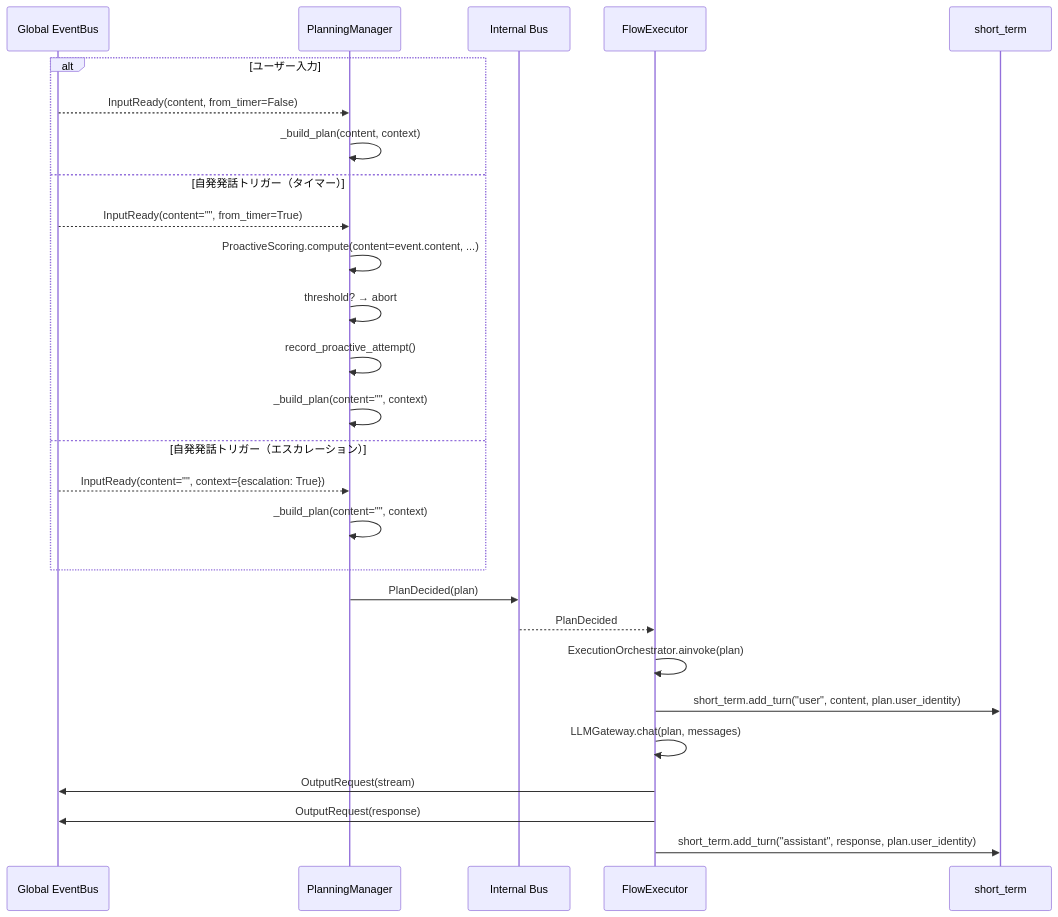
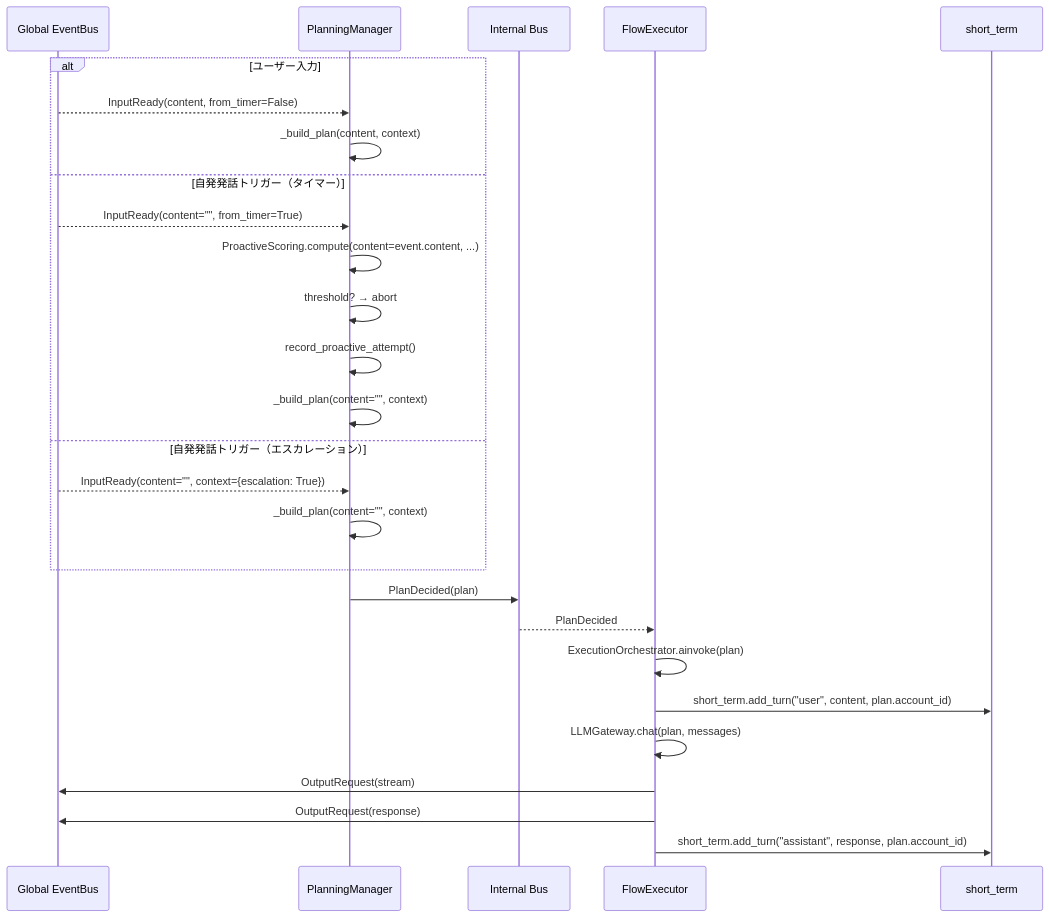
The first of 2 diagrams in docs/agency-layer.md (ibukani/iris-mind), drawn with Mermaid before and after one commit. The commit also changed other lines of this file and 51 other files, not shown here.

First line of the commit message:
refactor: user_id廃止 + account_id統一 + identity命名整理

````diff
--- a/docs/agency-layer.md
+++ b/docs/agency-layer.md
@@ -39,33 +39,33 @@
 ```mermaid
 sequenceDiagram
     participant EB as Global EventBus
     participant PL as PlanningManager
     participant IB as Internal Bus
     participant EX as FlowExecutor
     participant STM as short_term
 
     alt ユーザー入力
         EB-->>PL: InputReady(content, from_timer=False)
         PL->>PL: _build_plan(content, context)
     else 自発発話トリガー（タイマー）
         EB-->>PL: InputReady(content="", from_timer=True)
         PL->>PL: ProactiveScoring.compute(content=event.content, ...)
         PL->>PL: threshold? → abort
         PL->>PL: record_proactive_attempt()
         PL->>PL: _build_plan(content="", context)
     else 自発発話トリガー（エスカレーション）
         EB-->>PL: InputReady(content="", context={escalation: True})
         PL->>PL: _build_plan(content="", context)
     end
 
 
     PL->>IB: PlanDecided(plan)
     IB-->>EX: PlanDecided
 
     EX->>EX: ExecutionOrchestrator.ainvoke(plan)
-    EX->>STM: short_term.add_turn("user", content, plan.user_identity)  # Plan決定後に追加
+    EX->>STM: short_term.add_turn("user", content, plan.account_id)  # Plan決定後に追加
     EX->>EX: LLMGateway.chat(plan, messages)
     EX->>EB: OutputRequest(stream)
     EX->>EB: OutputRequest(response)
-    EX->>STM: short_term.add_turn("assistant", response, plan.user_identity)
+    EX->>STM: short_term.add_turn("assistant", response, plan.account_id)
 ```
````
